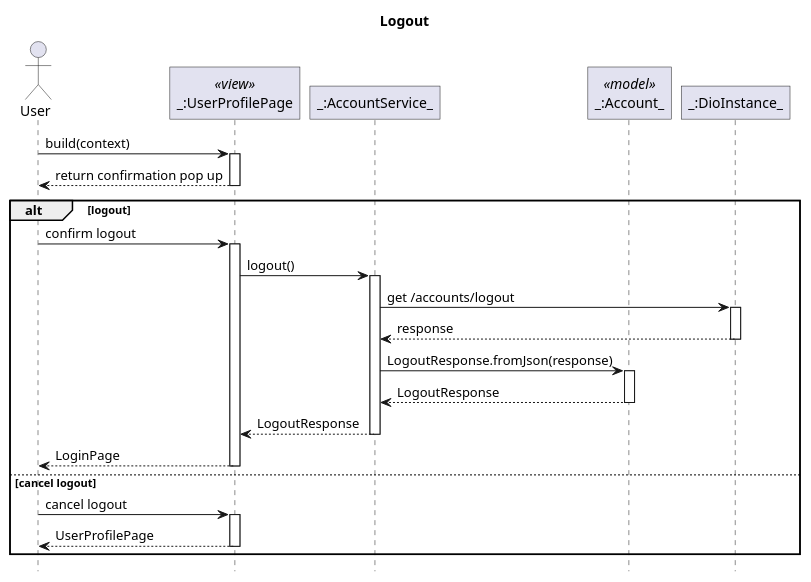
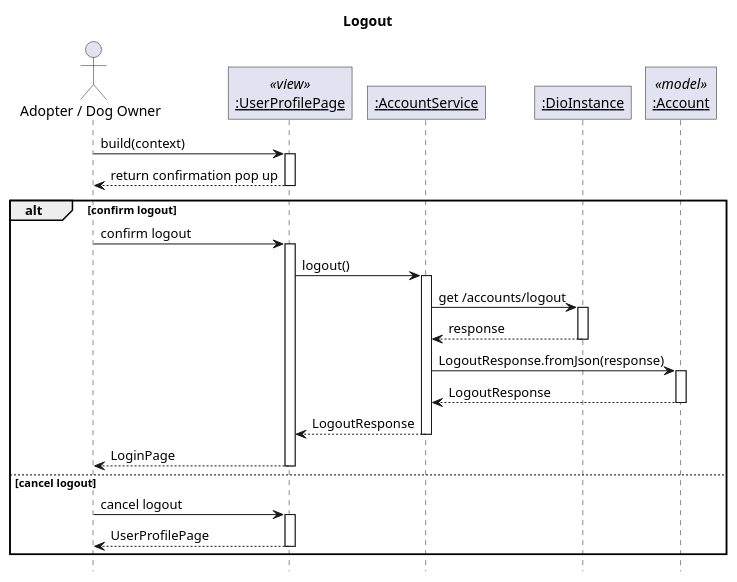
Before and after one commit to sharoncedila/FO_woofers: the diagram in lib/plantuml/sequence/account/logout.puml, drawn with PlantUML. The commit also changed 31 other files, not shown here.

Commit message:
push updated sequence plantuml

```diff
--- a/lib/plantuml/sequence/account/logout.puml
+++ b/lib/plantuml/sequence/account/logout.puml
@@ -1,38 +1,39 @@
 @startuml Logout
 ' Global param
 title Logout
 autoactivate on
 
 ' Global style configuration
 skinparam RoundCorner 0
 hide footbox
 
 ' Sequence participant configuration
-actor User
-participant "_:UserProfilePage" as Page <<view>>
-participant "_:AccountService_" as Service
-participant "_:Account_" as Model <<model>>
-participant "_:DioInstance_" as Dio
+actor "Adopter / Dog Owner" as User
+participant "__:UserProfilePage__" as Page <<view>>
+participant "__:AccountService__" as Service
+participant "__:DioInstance__" as Dio
+participant "__:Account__" as Model <<model>>
+
 
 
 ' Sequence diagram
 User -> Page: build(context)
 User <-- Page: return confirmation pop up
-alt logout
+alt confirm logout
 User -> Page: confirm logout
 Page -> Service: logout()
 Service -> Dio: get /accounts/logout
 Service <-- Dio: response
 Service -> Model: LogoutResponse.fromJson(response)
 Service <-- Model: LogoutResponse
 Page <-- Service: LogoutResponse
 User <-- Page: LoginPage
 else cancel logout
 User -> Page: cancel logout
 User <-- Page: UserProfilePage
 end
 
 
 
 
 @enduml
```
